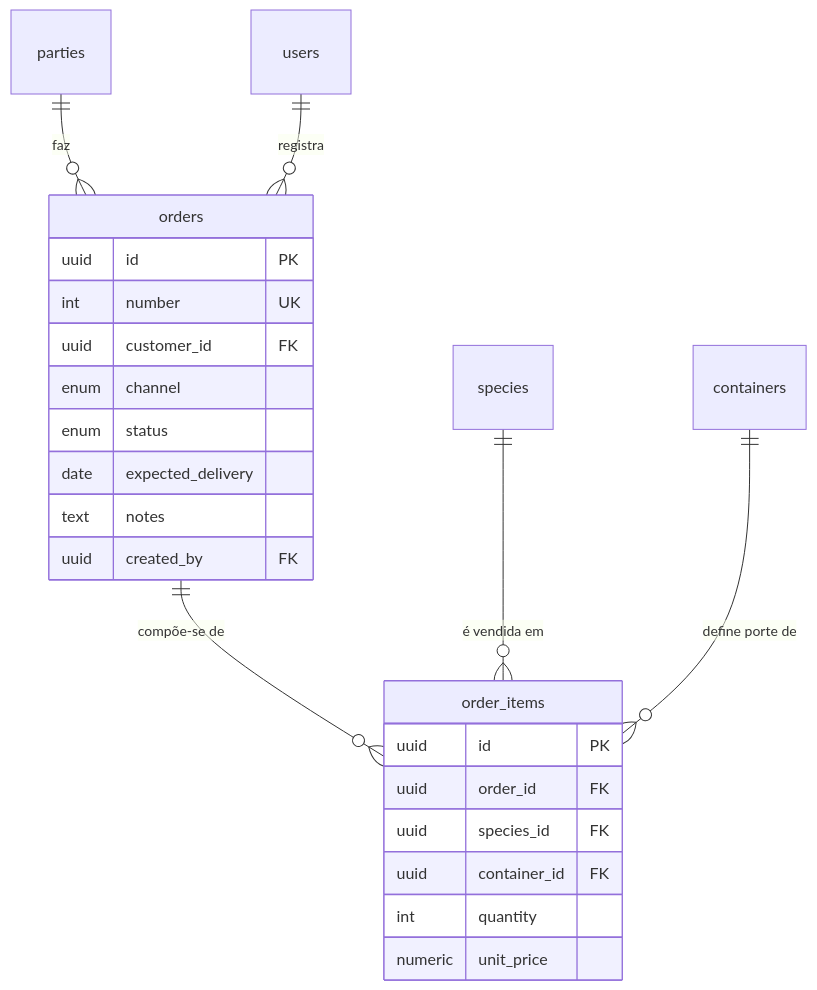
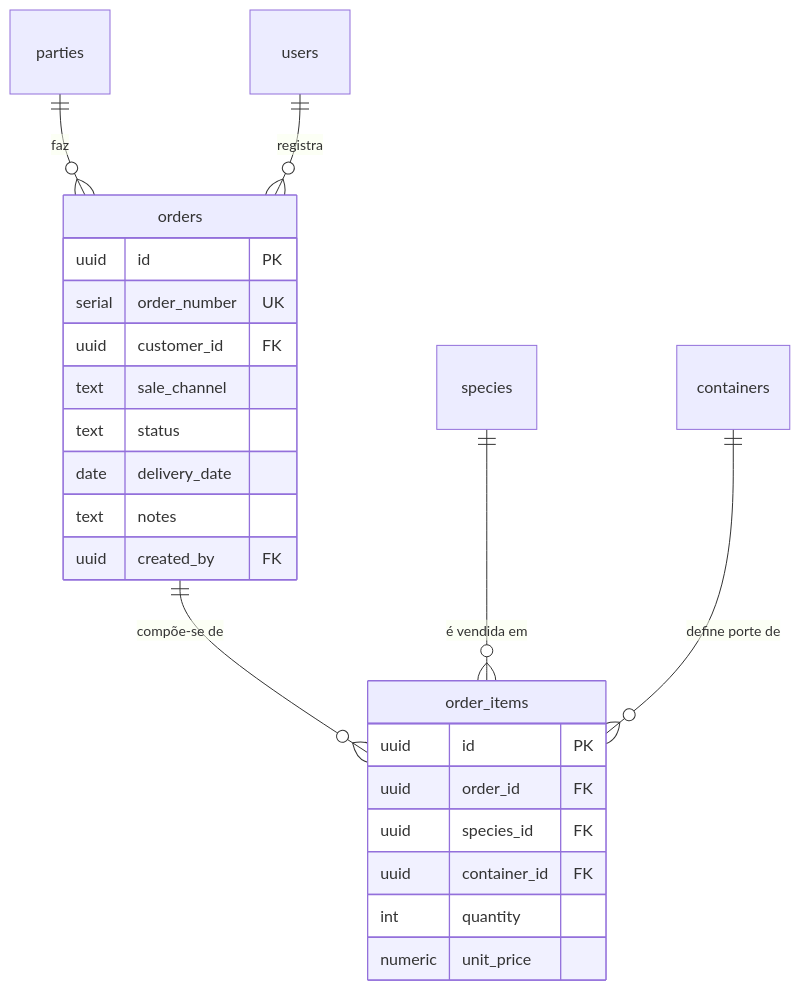
The fifth of 5 diagrams in docs/engenharia/C-modelagem/C6-modelo-entidade-relacionamento.md (JoaoMudar/tcc), drawn with Mermaid before and after one commit. The commit also changed other lines of this file and 19 other files, not shown here.

First line of the commit message:
fix(modelo-dados): alinha C8, C6 e as figuras ao schema real

````diff
--- a/docs/engenharia/C-modelagem/C6-modelo-entidade-relacionamento.md
+++ b/docs/engenharia/C-modelagem/C6-modelo-entidade-relacionamento.md
@@ -621,31 +644,31 @@
 ```mermaid
 erDiagram
   orders {
     uuid    id PK
-    int     number UK
+    serial  order_number UK
     uuid    customer_id FK
-    enum    channel
-    enum    status
-    date    expected_delivery
+    text    sale_channel
+    text    status
+    date    delivery_date
     text    notes
     uuid    created_by FK
   }
   order_items {
     uuid    id PK
     uuid    order_id FK
     uuid    species_id FK
     uuid    container_id FK
     int     quantity
     numeric unit_price
   }
   parties {}
   species {}
   containers {}
   users {}
 
   orders  ||--o{ order_items : "compõe-se de"
   parties ||--o{ orders      : "faz"
   users   ||--o{ orders      : "registra"
   species    ||--o{ order_items : "é vendida em"
   containers ||--o{ order_items : "define porte de"
 ```
````
